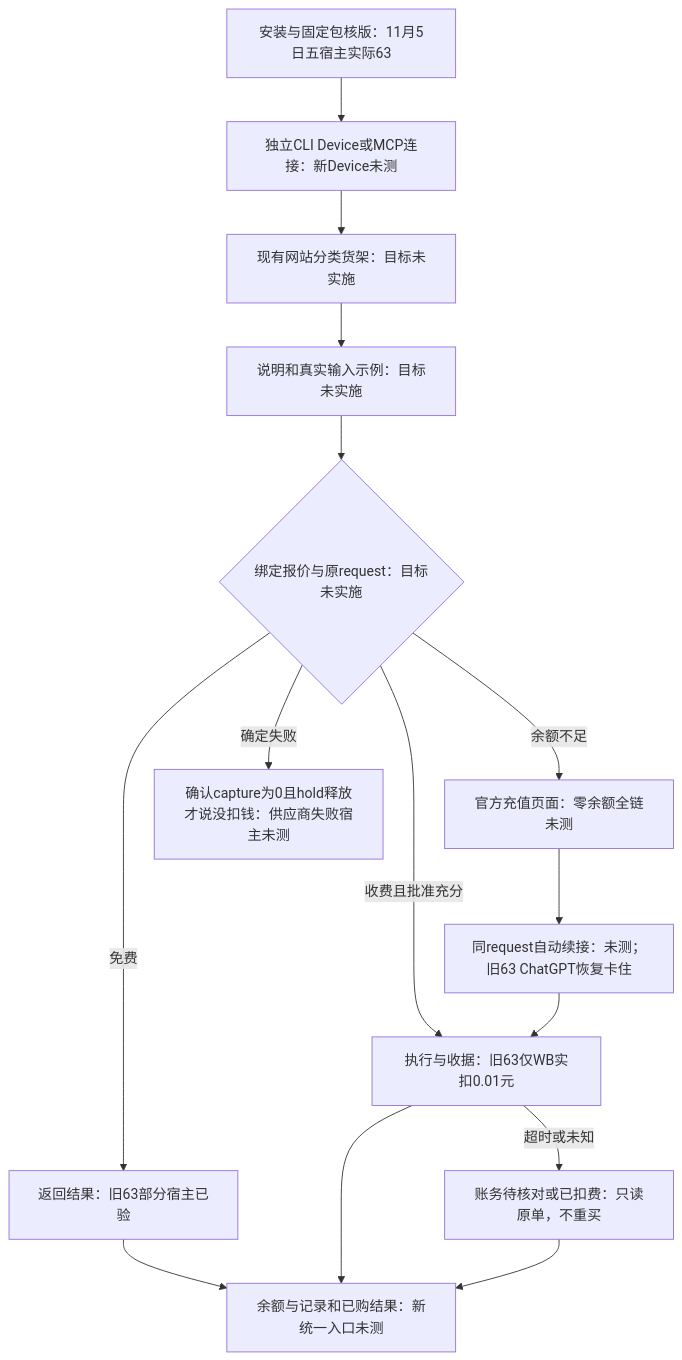
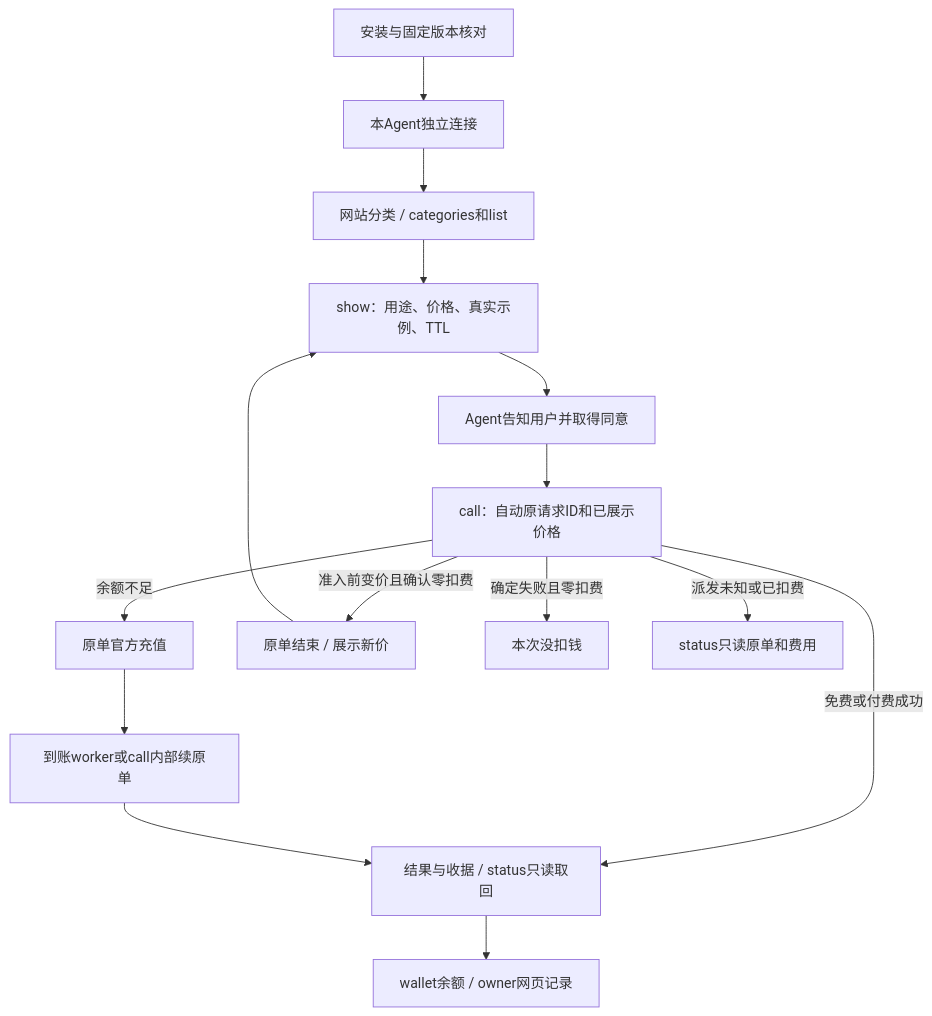
The diagram in README.md (itpay-ai/cli), drawn with Mermaid before and after one commit. The commit also changed other lines of this file and 3 other files, not shown here.

````diff
--- a/README.md
+++ b/README.md
@@ -9,17 +5,17 @@
 ```mermaid
 flowchart TD
- E01[安装与固定包核版：11月5日五宿主实际63] --> E02[独立CLI Device或MCP连接：新Device未测]
- E02 --> E03[现有网站分类货架：目标未实施]
- E03 --> E04[说明和真实输入示例：目标未实施]
- E04 --> E05{绑定报价与原request：目标未实施}
- E05 -->|免费| E06[返回结果：旧63部分宿主已验]
- E05 -->|收费且批准充分| E07[执行与收据：旧63仅WB实扣0.01元]
- E05 -->|余额不足| E08[官方充值页面：零余额全链未测]
- E08 --> E09[同request自动续接：未测；旧63 ChatGPT恢复卡住]
- E09 --> E07
- E06 --> E10[余额与记录和已购结果：新统一入口未测]
- E07 --> E10
- E05 -->|确定失败| E11[确认capture为0且hold释放才说没扣钱：供应商失败宿主未测]
- E07 -->|超时或未知| E12[账务待核对或已扣费：只读原单，不重买]
- E12 --> E10
+ A[安装与固定版本核对] --> B[本Agent独立连接]
+ B --> C[网站分类 / categories和list]
+ C --> S[show：用途、价格、真实示例、TTL]
+ S --> Y[Agent告知用户并取得同意]
+ Y --> Q[call：自动原请求ID和已展示价格]
+ Q -->|免费或付费成功| R[结果与收据 / status只读取回]
+ Q -->|余额不足| T[原单官方充值]
+ T --> W[到账worker或call内部续原单]
+ W --> R
+ Q -->|准入前变价且确认零扣费| N[原单结束 / 展示新价]
+ N --> S
+ Q -->|确定失败且零扣费| F[本次没扣钱]
+ Q -->|派发未知或已扣费| U[status只读原单和费用]
+ R --> Z[wallet余额 / owner网页记录]
 ```
````
